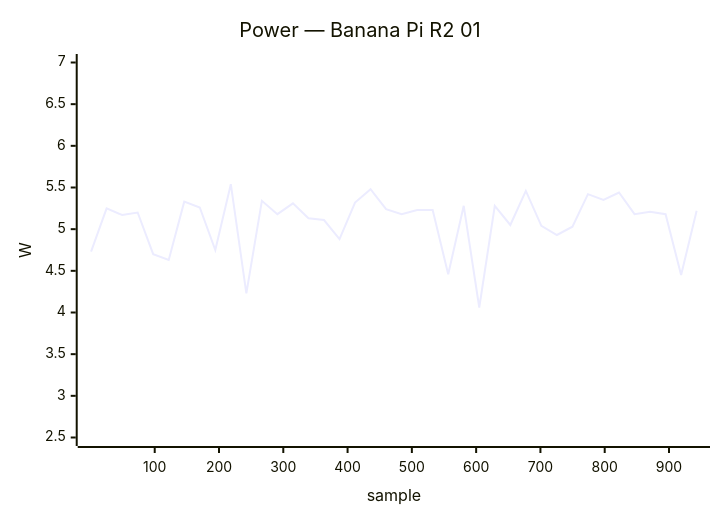
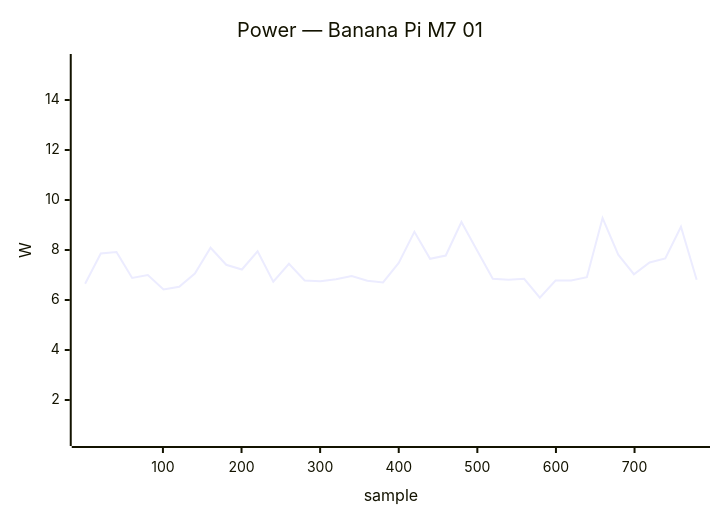
One commit to armbian/documentation changed the tenth of 40 diagrams in docs/status/board-tests.md. Above: the diagram before and after it, drawn with Mermaid. The commit also changed other lines of this file, not shown here.

````diff
--- a/docs/status/board-tests.md
+++ b/docs/status/board-tests.md
@@ -427,7 +418,7 @@
 ```mermaid
 xychart-beta
-    title "Power — Banana Pi R2 01"
-    x-axis "sample" 1 --> 943
-    y-axis "W" 2.5 --> 7.0
-    line [4.73, 5.25, 5.17, 5.20, 4.70, 4.63, 5.33, 5.26, 4.75, 5.54, 4.23, 5.34, 5.18, 5.31, 5.13, 5.11, 4.88, 5.32, 5.48, 5.24, 5.18, 5.23, 5.23, 4.46, 5.28, 4.06, 5.28, 5.05, 5.46, 5.04, 4.93, 5.03, 5.42, 5.35, 5.44, 5.18, 5.21, 5.18, 4.45, 5.22]
+    title "Power — Banana Pi M7 01"
+    x-axis "sample" 1 --> 779
+    y-axis "W" 0.5 --> 15.5
+    line [6.65, 7.86, 7.92, 6.88, 7.00, 6.42, 6.53, 7.06, 8.09, 7.41, 7.22, 7.95, 6.73, 7.45, 6.78, 6.75, 6.83, 6.96, 6.77, 6.70, 7.48, 8.73, 7.65, 7.78, 9.12, 7.98, 6.85, 6.81, 6.85, 6.09, 6.78, 6.78, 6.91, 9.28, 7.81, 7.03, 7.50, 7.66, 8.93, 6.81]
 ```
````
